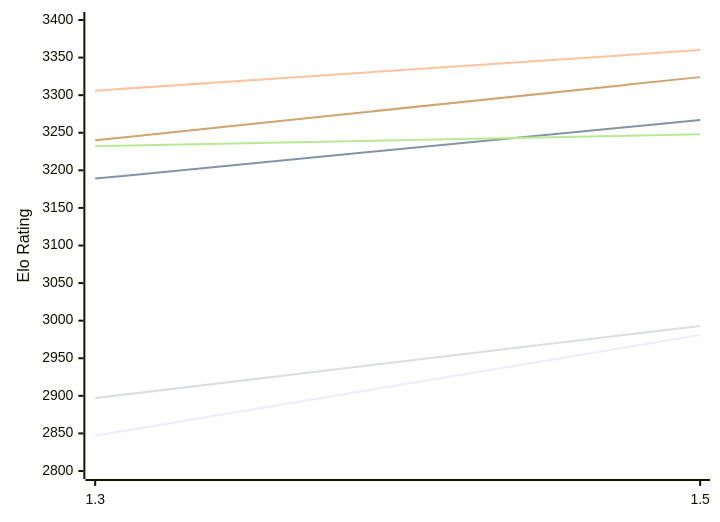
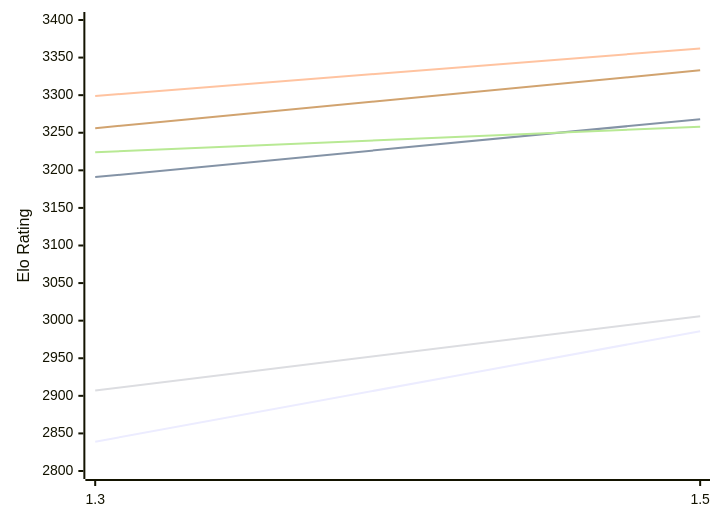
Before and after one commit to computer-chess-index/cci: the first of 2 diagrams in engines/Lambergar.md, drawn with Mermaid. The commit also changed other lines of this file, not shown here.

Commit message:
Update CCI Ratings (ELO VLTC) - 2026-11-25

````diff
--- a/engines/Lambergar.md
+++ b/engines/Lambergar.md
@@ -50,12 +50,12 @@
 ```mermaid
 %%{init: {"theme":"base","themeVariables":{"seriesColors:['#a3a3a3','#222221','#faa371']}}}%%
 xychart-beta
   x-axis ["1.3", "1.5"]
   y-axis "Elo Rating" 2800 --> 3400
-  line "E1: STC (8.0+0.08s)" [2847, 2981]
-  line "E1: LTC (60.0+0.60s)" [3189, 3267]
-  line "E1: VLTC (2m24s+1.12s)" [3306, 3360]
-  line "P1: STC (8.0+0.08s)" [2897, 2993]
-  line "P1: LTC (60.0+0.60s)" [3232, 3248]
-  line "P1: VLTC (2m24s+1.12s)" [3240, 3324]
+  line "E1: STC (8.0+0.08s)" [2839, 2986]
+  line "E1: LTC (60.0+0.60s)" [3191, 3268]
+  line "E1: VLTC (2m24s+1.12s)" [3299, 3362]
+  line "P1: STC (8.0+0.08s)" [2907, 3006]
+  line "P1: LTC (60.0+0.60s)" [3224, 3258]
+  line "P1: VLTC (2m24s+1.12s)" [3256, 3333]
 ```
````
